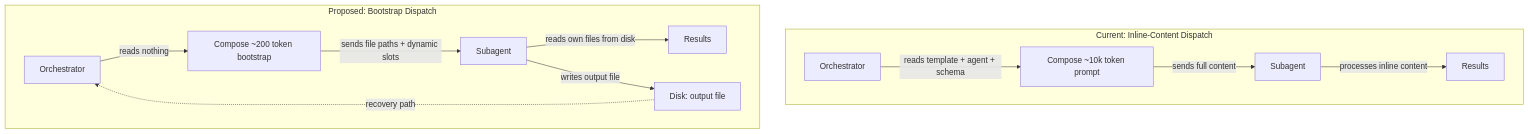
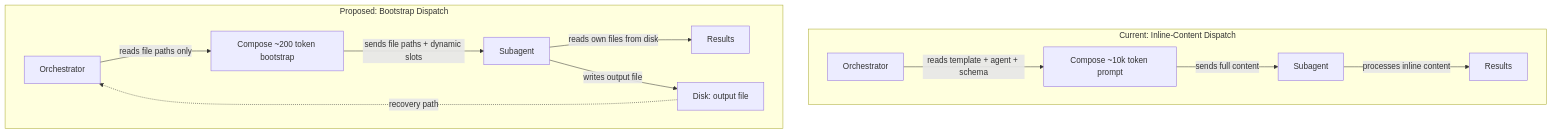
One commit to Taegost/taegosts-skills changed the first of 3 diagrams in docs/plans/2026-07-05-001-feat-test-coverage-token-efficiency-plan.md. Above: the diagram before and after it, drawn with Mermaid. The commit also changed other lines of this file, not shown here.

````diff
--- a/docs/plans/2026-07-05-001-feat-test-coverage-token-efficiency-plan.md
+++ b/docs/plans/2026-07-05-001-feat-test-coverage-token-efficiency-plan.md
@@ -64,16 +64,16 @@
 ```mermaid
 flowchart TB
     subgraph Before["Current: Inline-Content Dispatch"]
         O1[Orchestrator] -->|reads template + agent + schema| D1[Compose ~10k token prompt]
         D1 -->|sends full content| A1[Subagent]
         A1 -->|processes inline content| R1[Results]
     end
 
     subgraph After["Proposed: Bootstrap Dispatch"]
-        O2[Orchestrator] -->|reads nothing| D2[Compose ~200 token bootstrap]
+        O2[Orchestrator] -->|reads file paths only| D2[Compose ~200 token bootstrap]
         D2 -->|sends file paths + dynamic slots| A2[Subagent]
         A2 -->|reads own files from disk| R2[Results]
         A2 -->|writes output file| F[Disk: output file]
         F -.->|recovery path| O2
     end
 ```
````
